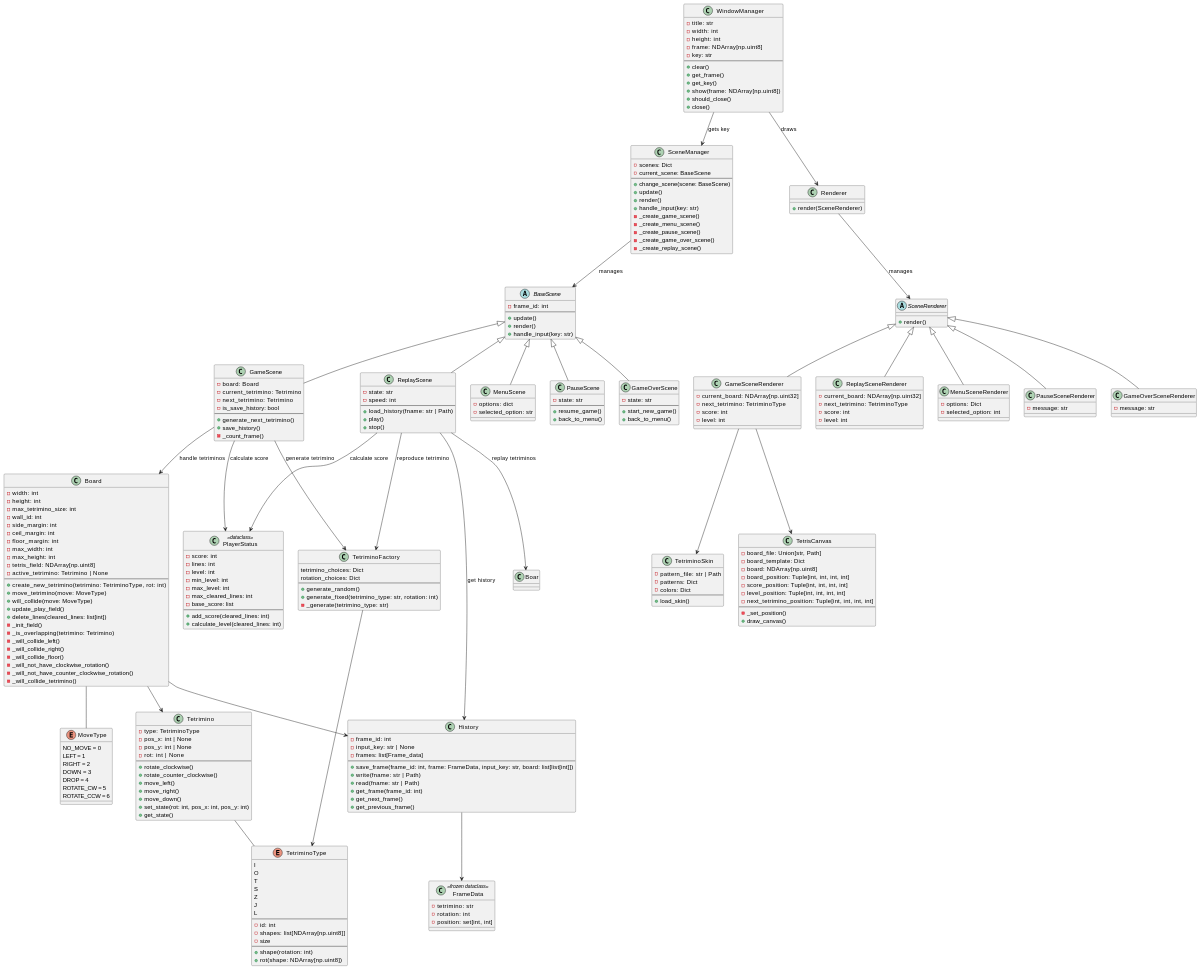
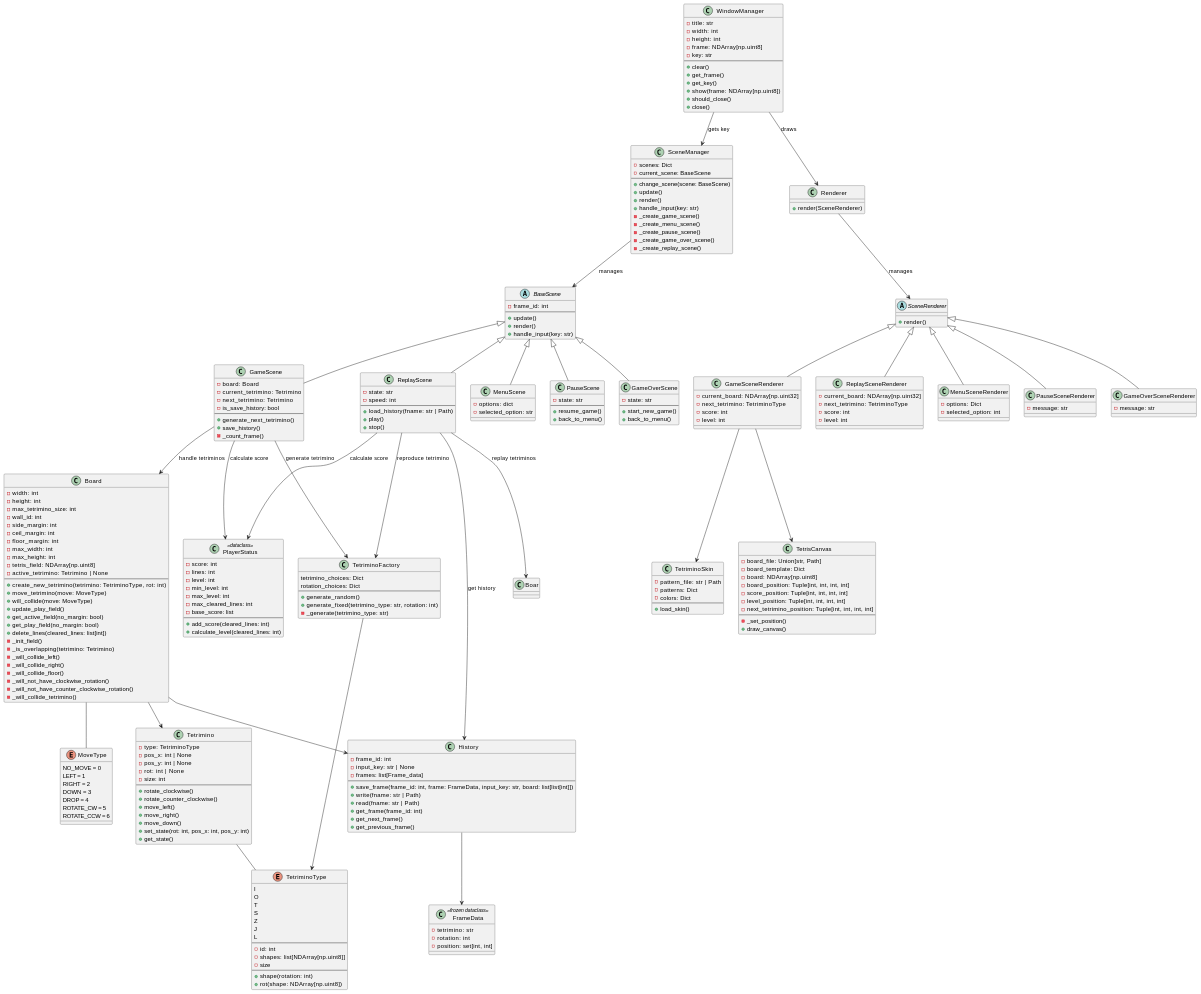
One commit to tsuzuki-nekozuki/python-tetris changed the diagram in README.md. Above: the diagram before and after it, drawn with PlantUML.

```diff
--- a/README.md
+++ b/README.md
@@ -222,6 +222,8 @@
     + move_tetrimino(move: MoveType)
     + will_collide(move: MoveType)
     + update_play_field()
+    + get_active_field(no_margin: bool)
+    + get_play_field(no_margin: bool)
     + delete_lines(cleared_lines: list[int])
     - _init_field()
     - _is_overlapping(tetrimino: Tetrimino)
@@ -248,6 +250,7 @@
     - pos_x: int | None
     - pos_y: int | None
     - rot: int | None
+    - size: int
     ---
     + rotate_clockwise()
     + rotate_counter_clockwise()
```
